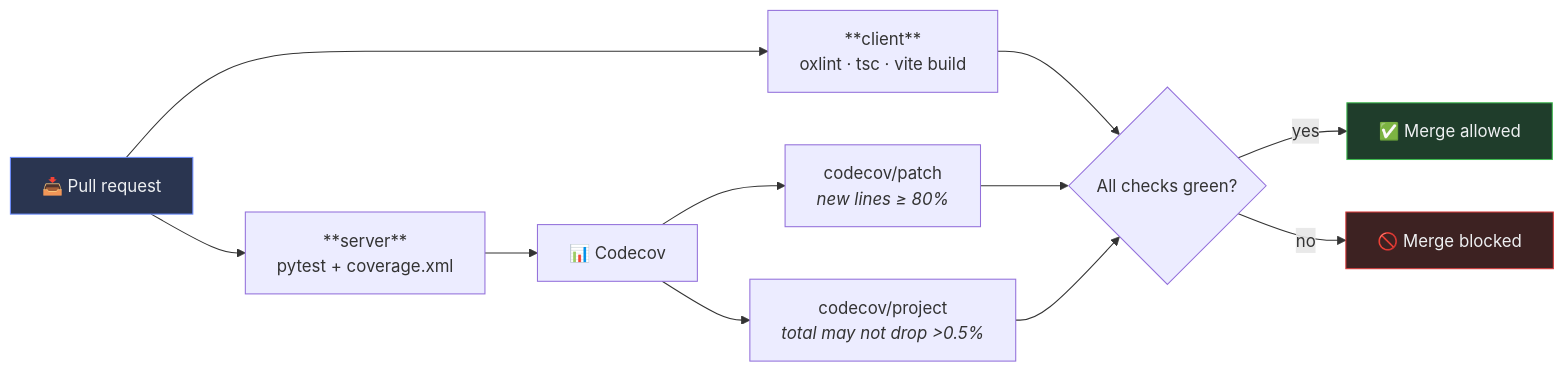
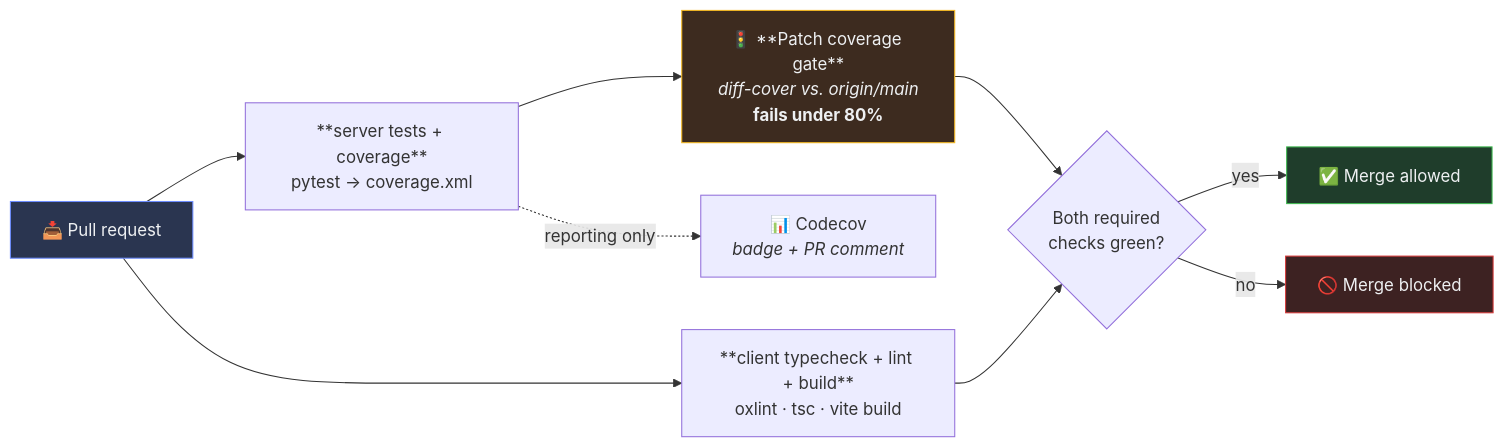
One commit to AdielMag/2d-assets-pipeline changed the seventh of 7 diagrams in README.md. Above: the diagram before and after it, drawn with Mermaid. The commit also changed other lines of this file and 3 other files, not shown here.

````diff
--- a/README.md
+++ b/README.md
@@ -648,17 +648,16 @@
 ```mermaid
 flowchart LR
-    PR["📥 Pull request"] --> J1["**server**<br/>pytest + coverage.xml"]
-    PR --> J2["**client**<br/>oxlint · tsc · vite build"]
-    J1 --> CC["📊 Codecov"]
-    CC --> P1["codecov/patch<br/><i>new lines ≥ 80%</i>"]
-    CC --> P2["codecov/project<br/><i>total may not drop >0.5%</i>"]
-    J2 --> G{"All checks green?"}
-    P1 --> G
-    P2 --> G
+    PR["📥 Pull request"] --> J1["**server tests + coverage**<br/>pytest → coverage.xml"]
+    PR --> J2["**client typecheck + lint + build**<br/>oxlint · tsc · vite build"]
+    J1 --> DC["🚦 **Patch coverage gate**<br/><i>diff-cover vs. origin/main</i><br/><b>fails under 80%</b>"]
+    J1 -.->|"reporting only"| CC["📊 Codecov<br/><i>badge + PR comment</i>"]
+    DC --> G{"Both required<br/>checks green?"}
+    J2 --> G
     G -->|"yes"| M["✅ Merge allowed"]
     G -->|"no"| B["🚫 Merge blocked"]
 
     style PR fill:#2a3550,stroke:#6c8cff,color:#eef0f2
+    style DC fill:#3d2b1f,stroke:#f5b820,color:#eef0f2
     style M fill:#1f3d2b,stroke:#3fb950,color:#eef0f2
     style B fill:#3d2222,stroke:#d63a3a,color:#eef0f2
 ```
````
